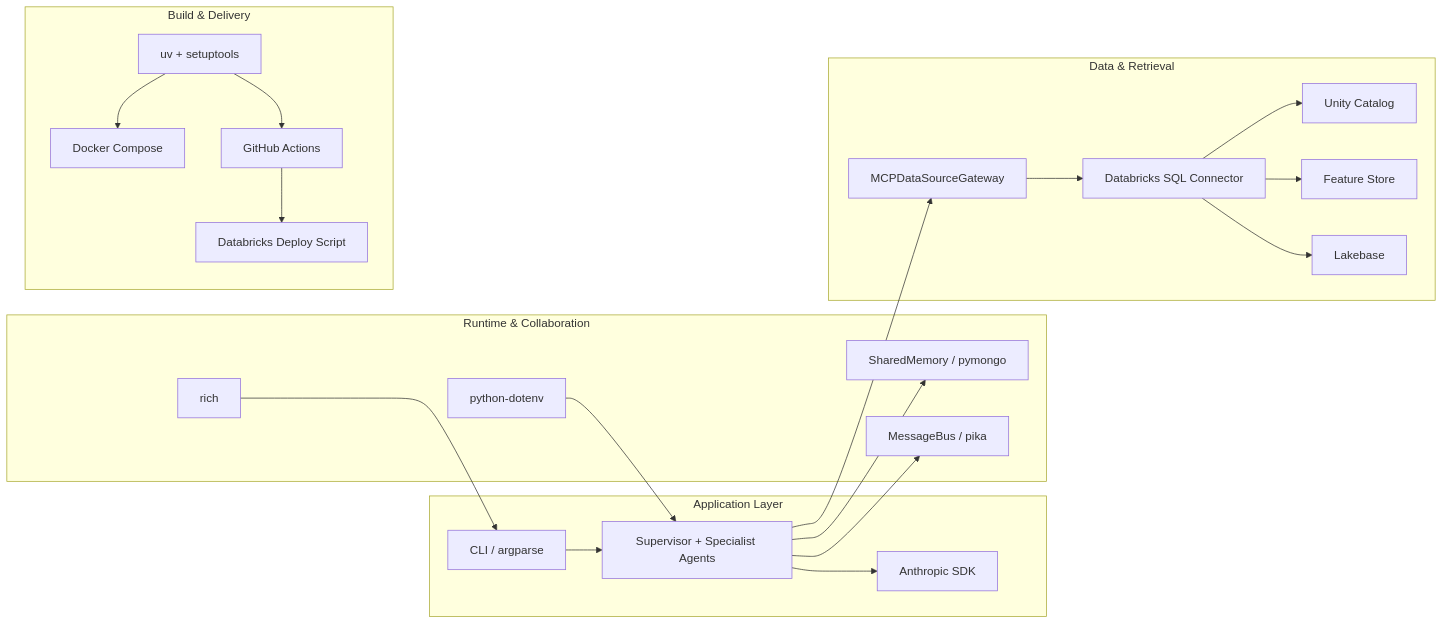
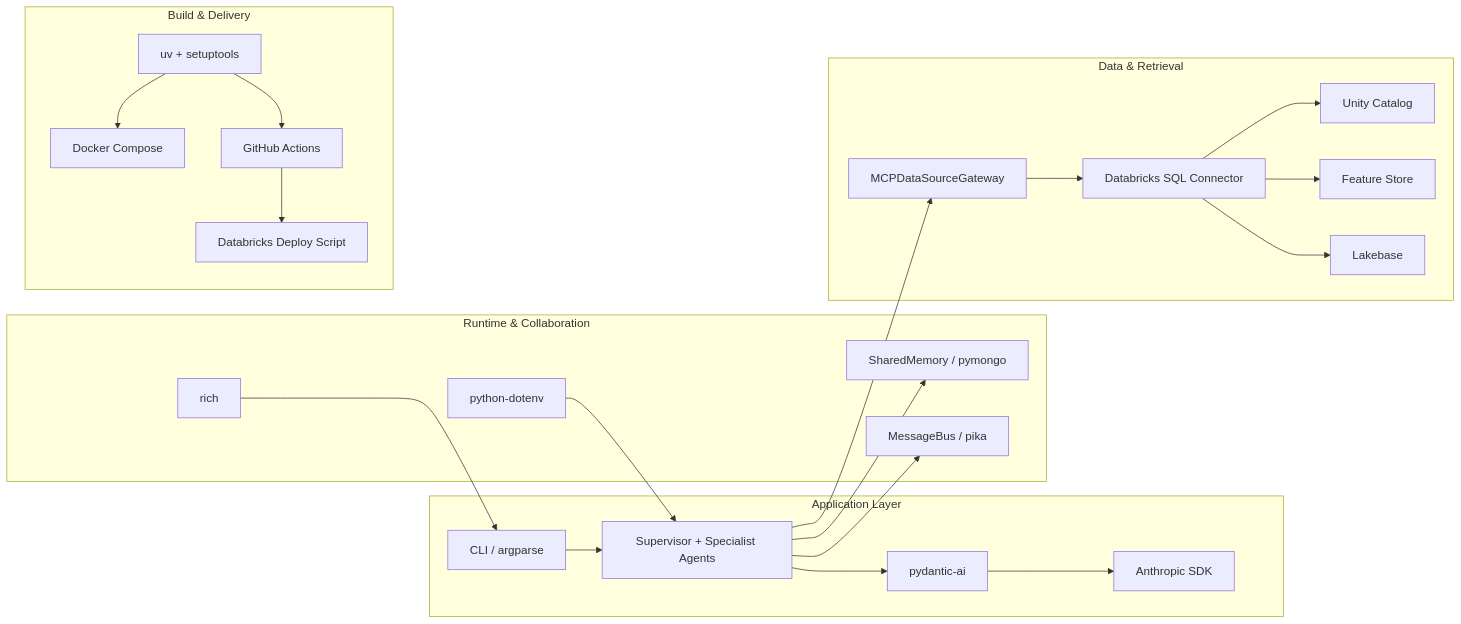
Before and after one commit to wchen-dea/Agentic-AI-Platform-on-Databricks: the second of 3 diagrams in docs/architecture.md, drawn with Mermaid. The commit also changed other lines of this file and 13 other files, not shown here.

````diff
--- a/docs/architecture.md
+++ b/docs/architecture.md
@@ -61,45 +61,47 @@
 ```mermaid
 flowchart LR
   subgraph app[Application Layer]
     cli[CLI / argparse]
     core[Supervisor + Specialist Agents]
+    pai[pydantic-ai]
     prompt[Anthropic SDK]
   end
 
   subgraph runtime[Runtime & Collaboration]
     mem[SharedMemory / pymongo]
     msg[MessageBus / pika]
     env[python-dotenv]
     ui[rich]
   end
 
   subgraph data[Data & Retrieval]
     mcp[MCPDataSourceGateway]
     dbc[Databricks SQL Connector]
     uc[Unity Catalog]
     fs[Feature Store]
     lb[Lakebase]
   end
 
   subgraph delivery[Build & Delivery]
     uv[uv + setuptools]
     docker[Docker Compose]
     gh[GitHub Actions]
     dbx[Databricks Deploy Script]
   end
 
   cli --> core
-  core --> prompt
+  core --> pai
+  pai --> prompt
   core --> mem
   core --> msg
   core --> mcp
   env --> core
   ui --> cli
   mcp --> dbc
   dbc --> uc
   dbc --> fs
   dbc --> lb
   uv --> docker
   uv --> gh
   gh --> dbx
 ```
````
